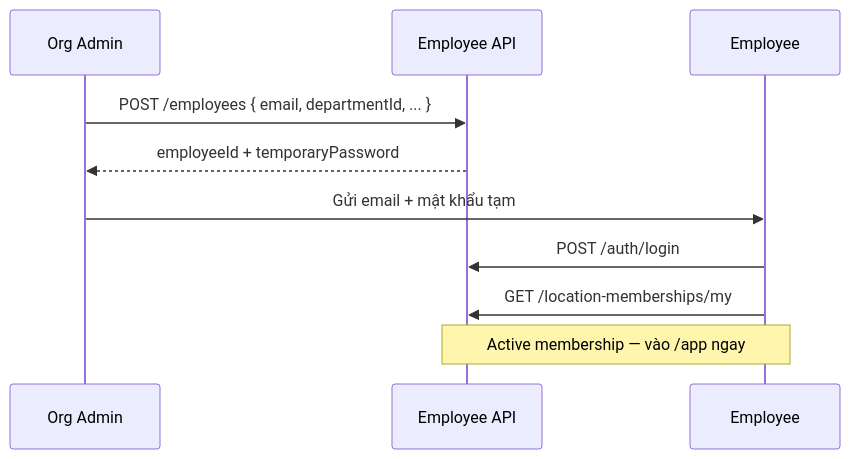
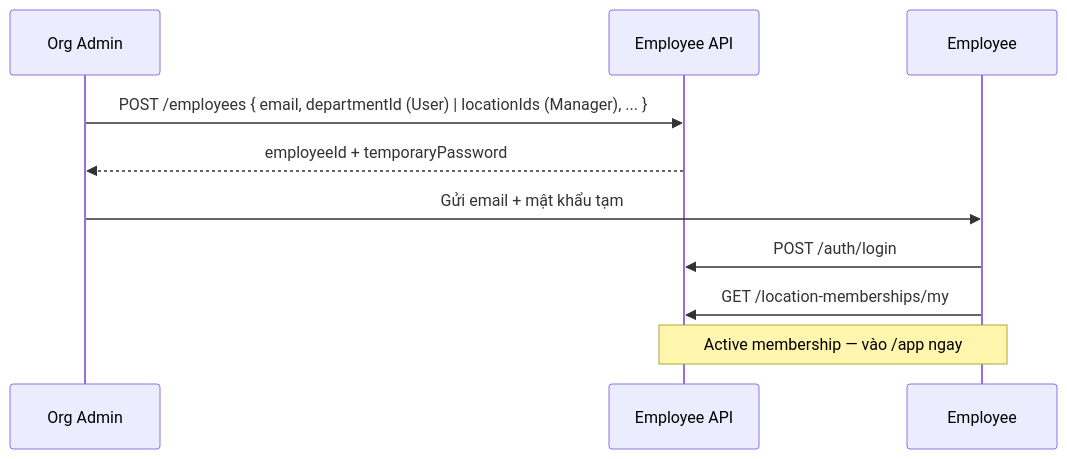
Before and after one commit to darrenak403/wokki-server: the third of 14 diagrams in docs/process-flows.md, drawn with Mermaid. The commit also changed 44 other files, not shown here.

````diff
--- a/docs/process-flows.md
+++ b/docs/process-flows.md
@@ -48,13 +48,13 @@
 ```mermaid
 sequenceDiagram
     participant A as Org Admin
     participant API as Employee API
     participant E as Employee
 
-    A->>API: POST /employees { email, departmentId, ... }
+    A->>API: POST /employees { email, departmentId (User) | locationIds (Manager), ... }
     API-->>A: employeeId + temporaryPassword
     A->>E: Gửi email + mật khẩu tạm
     E->>API: POST /auth/login
     E->>API: GET /location-memberships/my
     Note over E,API: Active membership — vào /app ngay
 ```
````
